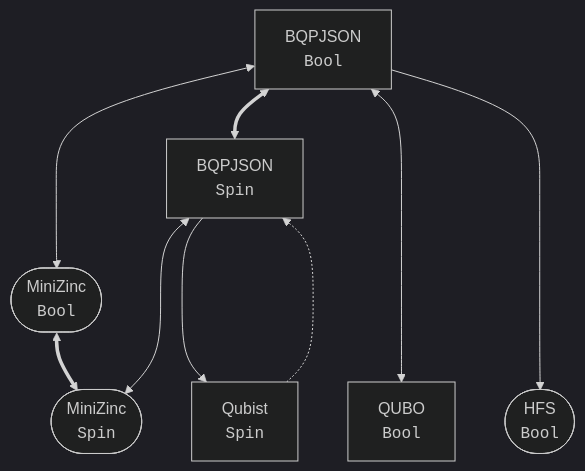
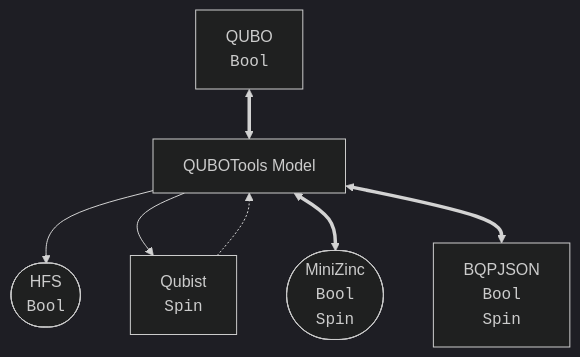
Before and after one commit to JuliaQUBO/QUBOTools.jl: the diagram in README.md, drawn with Mermaid (dark theme). The commit also changed other lines of this file, not shown here.

````diff
--- a/README.md
+++ b/README.md
@@ -91,21 +91,26 @@
 ```mermaid
 flowchart TD;
-    BQPJSON-BOOL["BQPJSON<br><code>Bool</code>"];
-    BQPJSON-SPIN["BQPJSON<br><code>Spin</code>"];
-    QUBO["QUBO<br><code>Bool</code>"];
-    QUBIST["Qubist<br><code>Spin</code>"];
-    MINIZINC-BOOL(["MiniZinc<br><code>Bool</code>"]);
-    MINIZINC-SPIN(["MiniZinc<br><code>Spin</code>"]);
+    MODEL["QUBOTools Model"];
+
+    BQPJSON["BQPJSON<br><code>Bool</code><br><code>Spin</code>"];
+
     HFS(["HFS<br><code>Bool</code>"]);
 
-    BQPJSON-BOOL  <==> BQPJSON-SPIN;
-    MINIZINC-BOOL <==> MINIZINC-SPIN;
+    MINIZINC(["MiniZinc<br><code>Bool</code><br><code>Spin</code>"]);
 
-    BQPJSON-BOOL <--->  MINIZINC-BOOL;
-    BQPJSON-BOOL <----> QUBO;
-    BQPJSON-BOOL ---->  HFS;
+    QUBO["QUBO<br><code>Bool</code>"];
 
-    BQPJSON-SPIN <---> MINIZINC-SPIN;
-    BQPJSON-SPIN  ---> QUBIST;
-    QUBIST       -..-> BQPJSON-SPIN;
+    QUBIST["Qubist<br><code>Spin</code>"];
+
+
+    QUBIST -.-> MODEL;
+
+    MODEL --> HFS;
+    MODEL --> QUBIST;
+
+    MODEL <==> MINIZINC;
+
+    MODEL <==> BQPJSON;
+    QUBO  <==> MODEL;
+    
 ```
````
